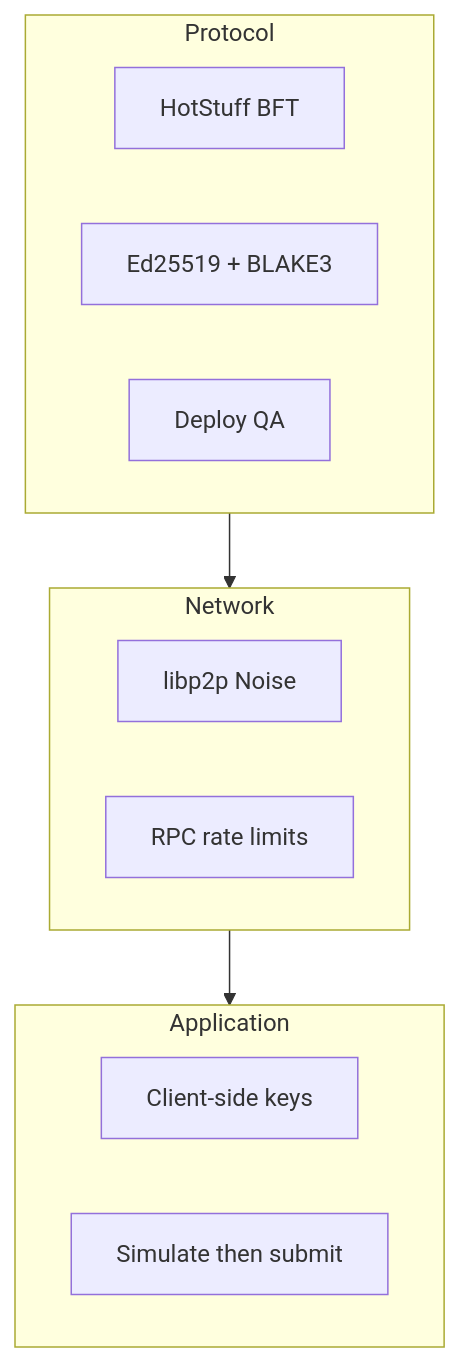
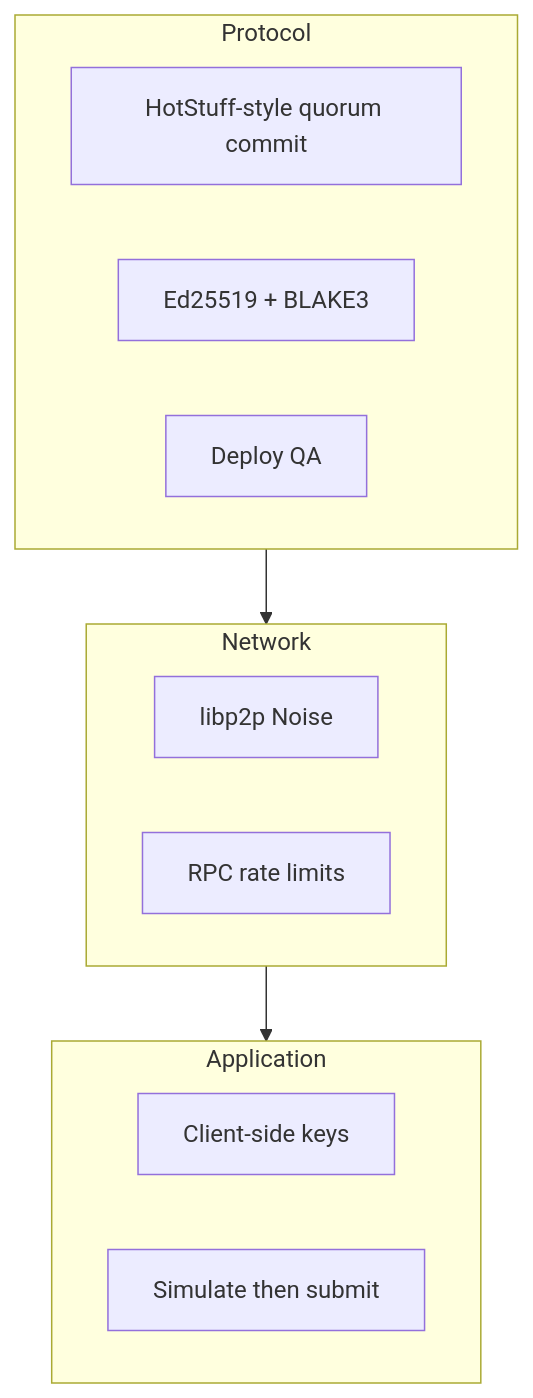
Before and after one commit to Boing-Network/boing.network: the diagram in docs/SECURITY-STANDARDS.md, drawn with Mermaid. The commit also changed other lines of this file and 22 other files, not shown here.

````diff
--- a/docs/SECURITY-STANDARDS.md
+++ b/docs/SECURITY-STANDARDS.md
@@ -10,17 +10,17 @@
 ```mermaid
 flowchart TB
   subgraph protocol [Protocol]
-    BFT[HotStuff BFT]
+    BFT[HotStuff-style quorum commit]
     Crypto[Ed25519 + BLAKE3]
     QA[Deploy QA]
   end
   subgraph network [Network]
     Noise[libp2p Noise]
     Rate[RPC rate limits]
   end
   subgraph app [Application]
     Wallet[Client-side keys]
     Sim[Simulate then submit]
   end
   protocol --> network --> app
 ```
````
